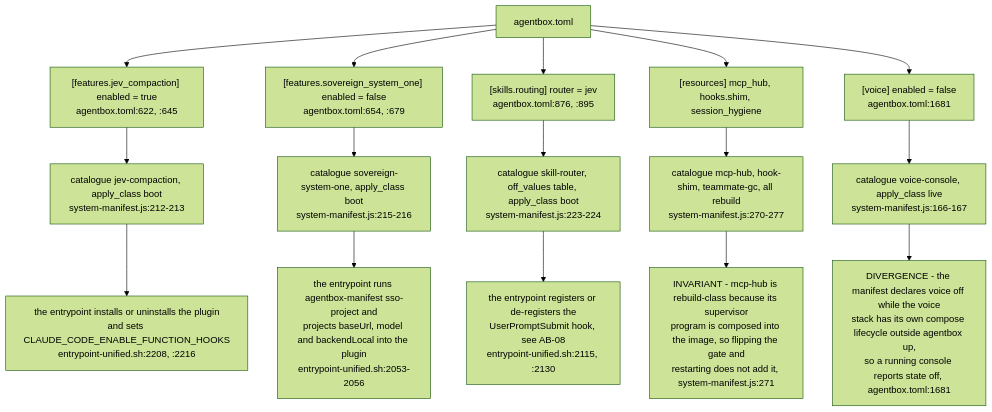
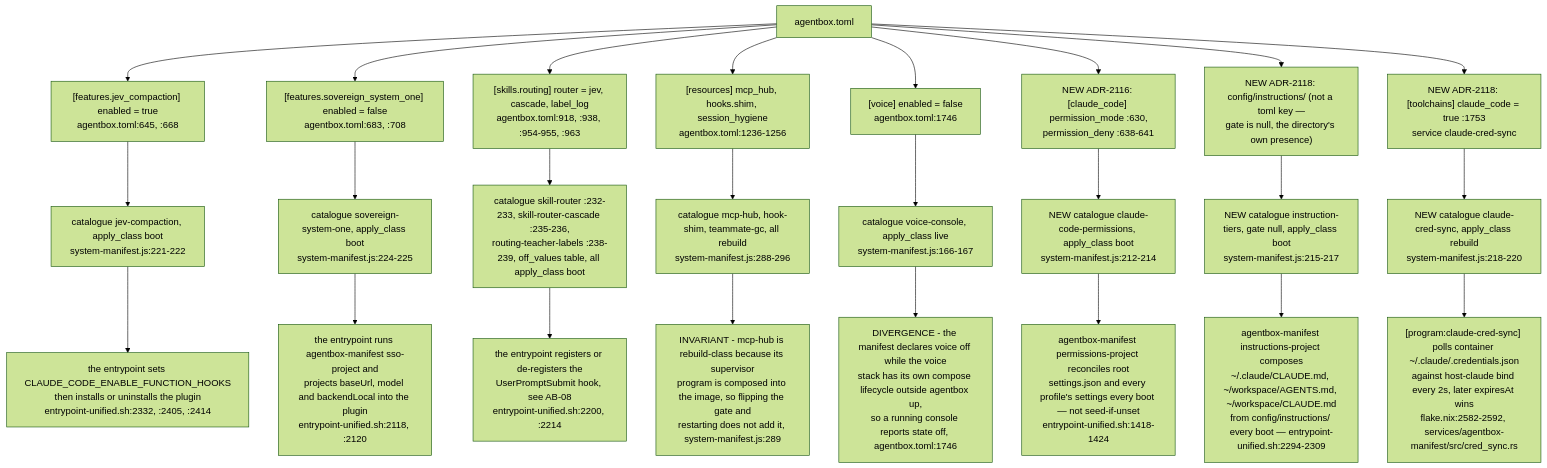
One commit to DreamLab-AI/VisionFlow changed diagram 12 of 14 in docs/diagrams/agentbox/05-manifest-gates-and-cli.md. Above: the diagram before and after it, drawn with Mermaid (forest theme). The commit also changed other lines of this file and 136 other files, not shown here.

First line of the commit message:
docs(diagrams): refresh the whole corpus to code HEAD and prune low-value diagrams

````diff
--- a/docs/diagrams/agentbox/05-manifest-gates-and-cli.md
+++ b/docs/diagrams/agentbox/05-manifest-gates-and-cli.md
@@ -356,21 +359,30 @@
 ```mermaid
 flowchart TB
-    TOML["agentbox.toml"] --> F1["[features.jev_compaction] enabled = true<br/>agentbox.toml:622, :645"]
-    TOML --> F2["[features.sovereign_system_one] enabled = false<br/>agentbox.toml:654, :679"]
-    TOML --> F3["[skills.routing] router = jev<br/>agentbox.toml:876, :895"]
-    TOML --> F4["[resources] mcp_hub, hooks.shim, session_hygiene"]
-    TOML --> F5["[voice] enabled = false<br/>agentbox.toml:1681"]
+    TOML["agentbox.toml"] --> F1["[features.jev_compaction] enabled = true<br/>agentbox.toml:645, :668"]
+    TOML --> F2["[features.sovereign_system_one] enabled = false<br/>agentbox.toml:683, :708"]
+    TOML --> F3["[skills.routing] router = jev, cascade, label_log<br/>agentbox.toml:918, :938, :954-955, :963"]
+    TOML --> F4["[resources] mcp_hub, hooks.shim, session_hygiene<br/>agentbox.toml:1236-1256"]
+    TOML --> F5["[voice] enabled = false<br/>agentbox.toml:1746"]
+    TOML --> F6["NEW ADR-2116: [claude_code] permission_mode :630,<br/>permission_deny :638-641"]
+    TOML --> F7["NEW ADR-2118: config/instructions/ (not a toml key —<br/>gate is null, the directory's own presence)"]
+    TOML --> F8["NEW ADR-2118: [toolchains] claude_code = true :1753<br/>service claude-cred-sync"]
 
-    F1 --> C1["catalogue jev-compaction, apply_class boot<br/>system-manifest.js:212-213"]
-    F2 --> C2["catalogue sovereign-system-one, apply_class boot<br/>system-manifest.js:215-216"]
-    F3 --> C3["catalogue skill-router, off_values table, apply_class boot<br/>system-manifest.js:223-224"]
-    F4 --> C4["catalogue mcp-hub, hook-shim, teammate-gc, all rebuild<br/>system-manifest.js:270-277"]
+    F1 --> C1["catalogue jev-compaction, apply_class boot<br/>system-manifest.js:221-222"]
+    F2 --> C2["catalogue sovereign-system-one, apply_class boot<br/>system-manifest.js:224-225"]
+    F3 --> C3["catalogue skill-router :232-233, skill-router-cascade :235-236,<br/>routing-teacher-labels :238-239, off_values table, all apply_class boot"]
+    F4 --> C4["catalogue mcp-hub, hook-shim, teammate-gc, all rebuild<br/>system-manifest.js:288-296"]
     F5 --> C5["catalogue voice-console, apply_class live<br/>system-manifest.js:166-167"]
+    F6 --> C6["NEW catalogue claude-code-permissions, apply_class boot<br/>system-manifest.js:212-214"]
+    F7 --> C7["NEW catalogue instruction-tiers, gate null, apply_class boot<br/>system-manifest.js:215-217"]
+    F8 --> C8["NEW catalogue claude-cred-sync, apply_class rebuild<br/>system-manifest.js:218-220"]
 
-    C1 --> B1["the entrypoint installs or uninstalls the plugin<br/>and sets CLAUDE_CODE_ENABLE_FUNCTION_HOOKS<br/>entrypoint-unified.sh:2208, :2216"]
-    C2 --> B2["the entrypoint runs agentbox-manifest sso-project and<br/>projects baseUrl, model and backendLocal into the plugin<br/>entrypoint-unified.sh:2053-2056"]
-    C3 --> B3["the entrypoint registers or de-registers the<br/>UserPromptSubmit hook, see AB-08<br/>entrypoint-unified.sh:2115, :2130"]
+    C1 --> B1["the entrypoint sets CLAUDE_CODE_ENABLE_FUNCTION_HOOKS<br/>then installs or uninstalls the plugin<br/>entrypoint-unified.sh:2332, :2405, :2414"]
+    C2 --> B2["the entrypoint runs agentbox-manifest sso-project and<br/>projects baseUrl, model and backendLocal into the plugin<br/>entrypoint-unified.sh:2118, :2120"]
+    C3 --> B3["the entrypoint registers or de-registers the<br/>UserPromptSubmit hook, see AB-08<br/>entrypoint-unified.sh:2200, :2214"]
+    C6 --> B6["agentbox-manifest permissions-project reconciles root<br/>settings.json and every profile's settings every boot — not seed-if-unset<br/>entrypoint-unified.sh:1418-1424"]
+    C7 --> B7["agentbox-manifest instructions-project composes<br/>~/.claude/CLAUDE.md, ~/workspace/AGENTS.md, ~/workspace/CLAUDE.md<br/>from config/instructions/ every boot — entrypoint-unified.sh:2294-2309"]
+    C8 --> B8["[program:claude-cred-sync] polls container ~/.claude/.credentials.json<br/>against host-claude bind every 2s, later expiresAt wins<br/>flake.nix:2582-2592, services/agentbox-manifest/src/cred_sync.rs"]
 
-    C5 --> DIV["DIVERGENCE - the manifest declares voice off while the voice<br/>stack has its own compose lifecycle outside agentbox up,<br/>so a running console reports state off, agentbox.toml:1681"]
-    C4 --> REB["INVARIANT - mcp-hub is rebuild-class because its supervisor<br/>program is composed into the image, so flipping the gate and<br/>restarting does not add it, system-manifest.js:271"]
+    C5 --> DIV["DIVERGENCE - the manifest declares voice off while the voice<br/>stack has its own compose lifecycle outside agentbox up,<br/>so a running console reports state off, agentbox.toml:1746"]
+    C4 --> REB["INVARIANT - mcp-hub is rebuild-class because its supervisor<br/>program is composed into the image, so flipping the gate and<br/>restarting does not add it, system-manifest.js:289"]
 ```
````
